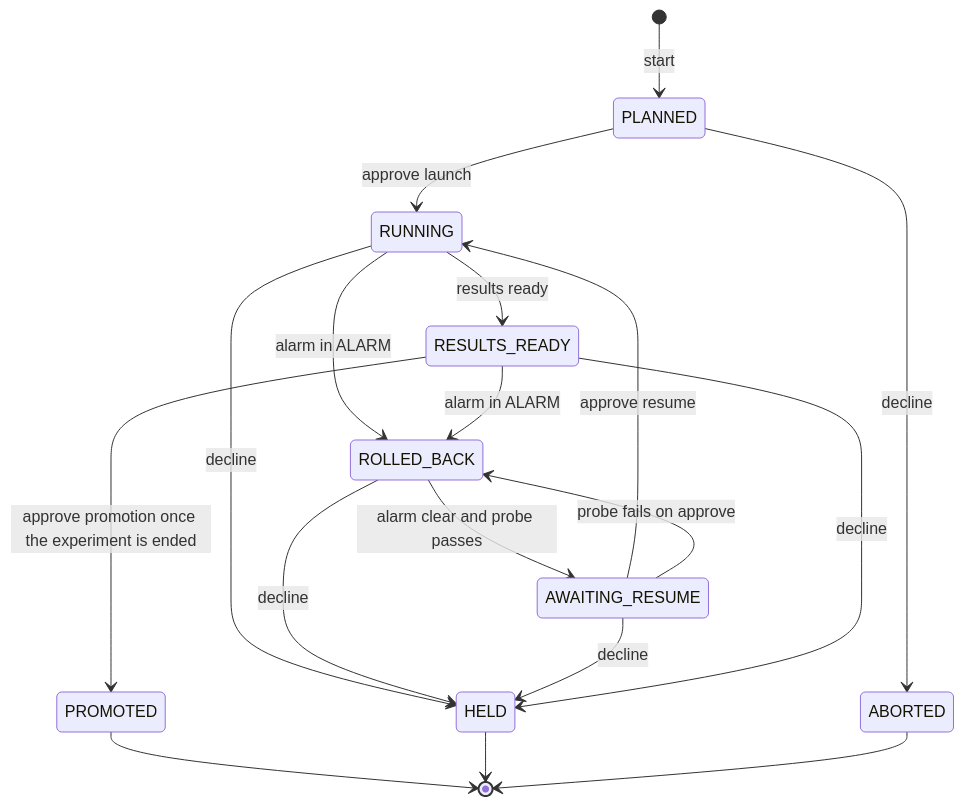
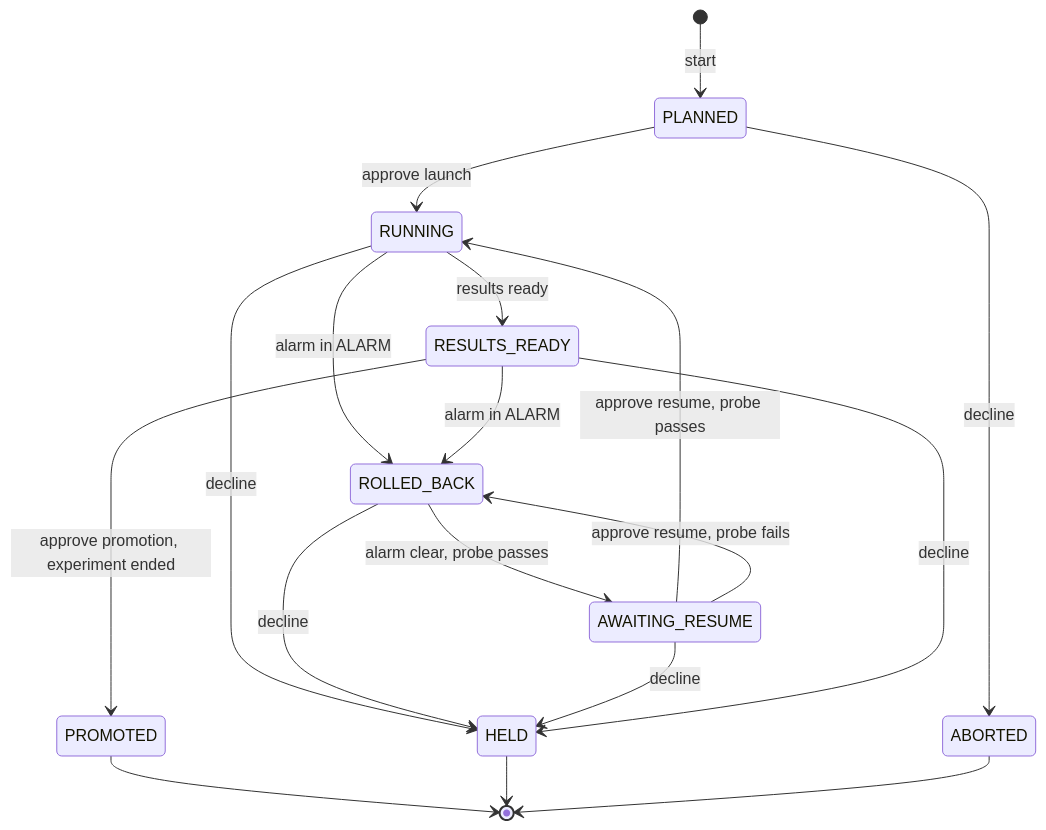
One commit to abebars/rollout-marshal changed the fourth of 4 diagrams in README.md. Above: the diagram before and after it, drawn with Mermaid. The commit also changed other lines of this file, not shown here.

````diff
--- a/README.md
+++ b/README.md
@@ -243,20 +332,20 @@
 ```mermaid
 stateDiagram-v2
   [*] --> PLANNED : start
   PLANNED --> RUNNING : approve launch
   PLANNED --> ABORTED : decline
   RUNNING --> ROLLED_BACK : alarm in ALARM
   RUNNING --> RESULTS_READY : results ready
   RUNNING --> HELD : decline
-  ROLLED_BACK --> AWAITING_RESUME : alarm clear and probe passes
+  ROLLED_BACK --> AWAITING_RESUME : alarm clear, probe passes
   ROLLED_BACK --> HELD : decline
-  AWAITING_RESUME --> RUNNING : approve resume
-  AWAITING_RESUME --> ROLLED_BACK : probe fails on approve
+  AWAITING_RESUME --> RUNNING : approve resume, probe passes
+  AWAITING_RESUME --> ROLLED_BACK : approve resume, probe fails
   AWAITING_RESUME --> HELD : decline
   RESULTS_READY --> ROLLED_BACK : alarm in ALARM
-  RESULTS_READY --> PROMOTED : approve promotion once the experiment is ended
+  RESULTS_READY --> PROMOTED : approve promotion, experiment ended
   RESULTS_READY --> HELD : decline
   PROMOTED --> [*]
   HELD --> [*]
   ABORTED --> [*]
 ```
````
